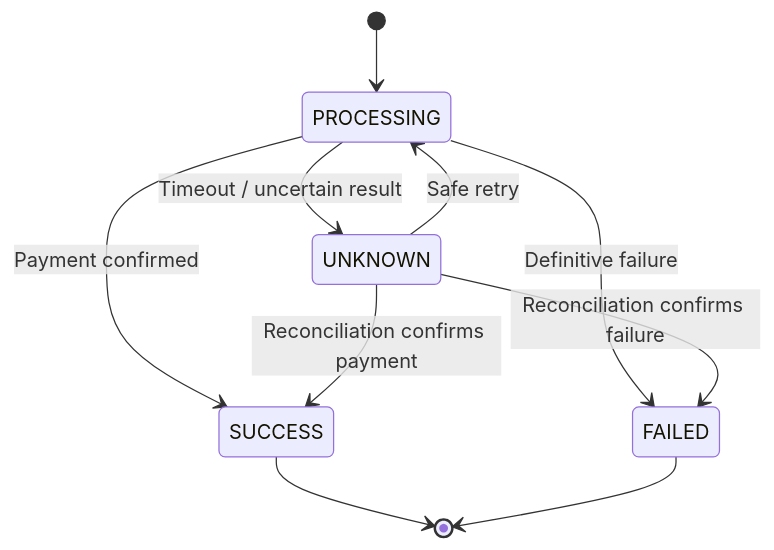
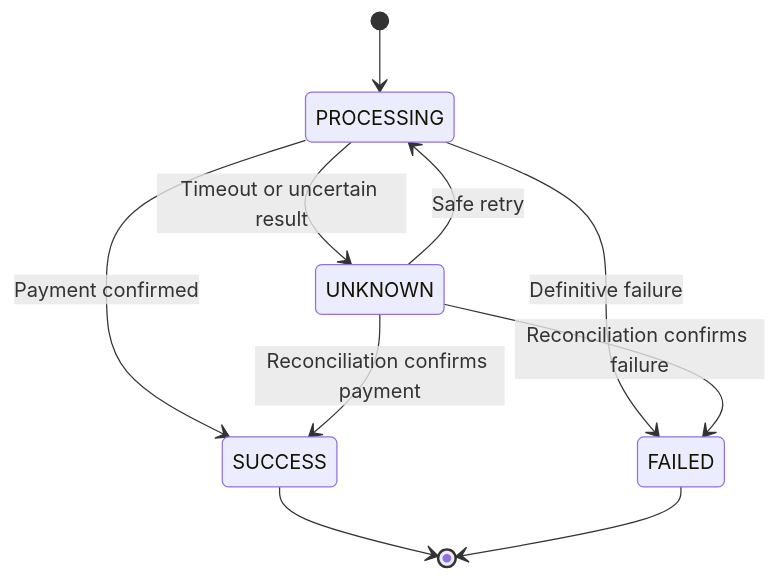
The seventh of 7 diagrams in src/data/topics/api-integration/resilience/idempotency/content.md (Yash-777/CodeTrove), drawn with Mermaid before and after one commit. The commit also changed other lines of this file and 1 other file, not shown here.

````diff
--- a/src/data/topics/api-integration/resilience/idempotency/content.md
+++ b/src/data/topics/api-integration/resilience/idempotency/content.md
@@ -873,15 +822,15 @@
 ```mermaid
 stateDiagram-v2
     [*] --> PROCESSING
 
     PROCESSING --> SUCCESS: Payment confirmed
     PROCESSING --> FAILED: Definitive failure
-    PROCESSING --> UNKNOWN: Timeout / uncertain result
+    PROCESSING --> UNKNOWN: Timeout or uncertain result
 
     UNKNOWN --> SUCCESS: Reconciliation confirms payment
     UNKNOWN --> FAILED: Reconciliation confirms failure
     UNKNOWN --> PROCESSING: Safe retry
 
     SUCCESS --> [*]
     FAILED --> [*]
 ```
````
